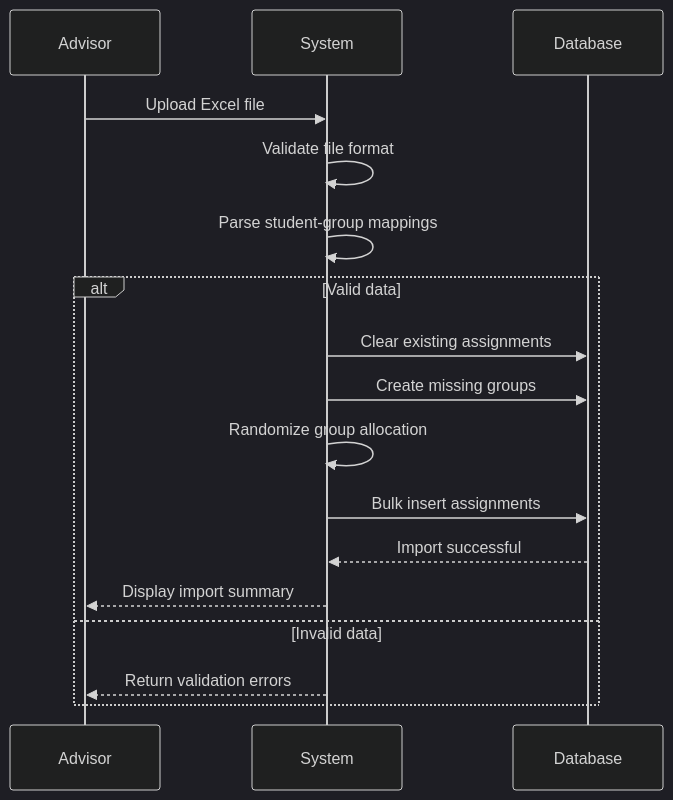
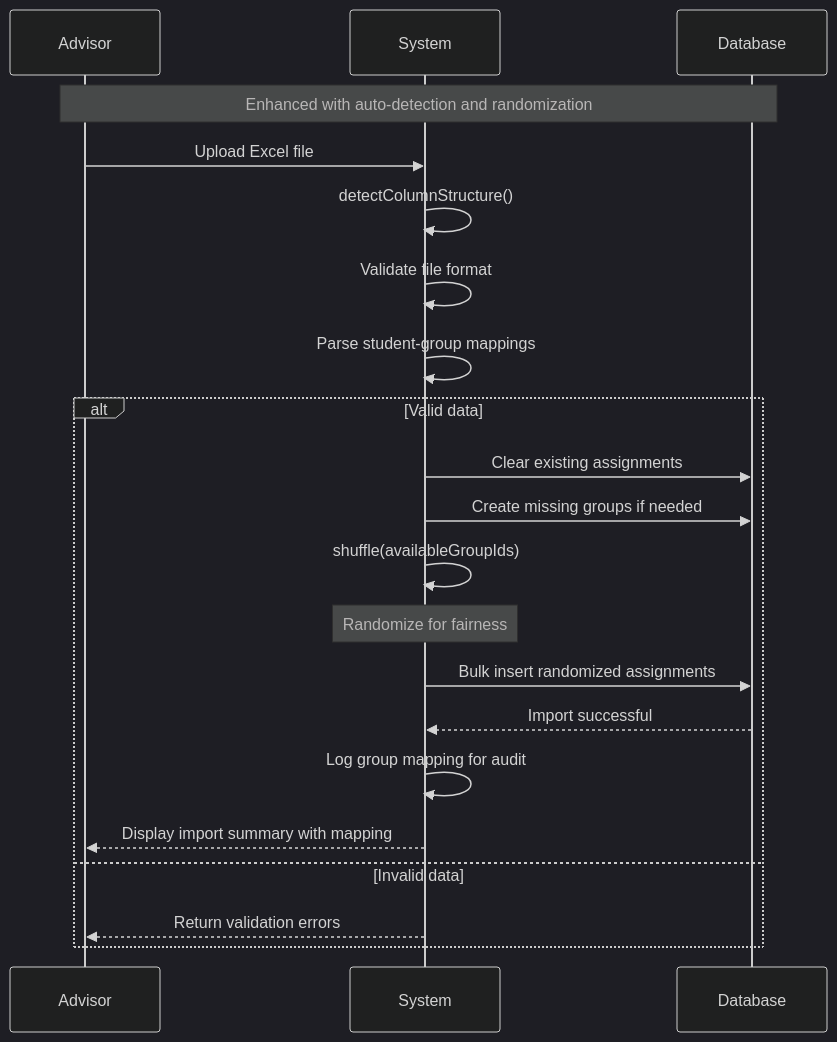
One commit to abdullah2323442/thesisrepo-backup changed diagram 21 of 42 in sequence.md. Above: the diagram before and after it, drawn with Mermaid (dark theme). The commit also changed other lines of this file, not shown here.

````diff
--- a/sequence.md
+++ b/sequence.md
@@ -470,21 +548,26 @@
 ```mermaid
 sequenceDiagram
     participant Advisor
     participant System
     participant Database
 
+    Note over Advisor,Database: Enhanced with auto-detection and randomization
+    
     Advisor->>System: Upload Excel file
+    System->>System: detectColumnStructure()
     System->>System: Validate file format
     System->>System: Parse student-group mappings
     
     alt Valid data
         System->>Database: Clear existing assignments
-        System->>Database: Create missing groups
-        System->>System: Randomize group allocation
-        System->>Database: Bulk insert assignments
+        System->>Database: Create missing groups if needed
+        System->>System: shuffle(availableGroupIds)
+        Note over System: Randomize for fairness
+        System->>Database: Bulk insert randomized assignments
         Database-->>System: Import successful
-        System-->>Advisor: Display import summary
+        System->>System: Log group mapping for audit
+        System-->>Advisor: Display import summary with mapping
     else Invalid data
         System-->>Advisor: Return validation errors
     end
 ```
````
